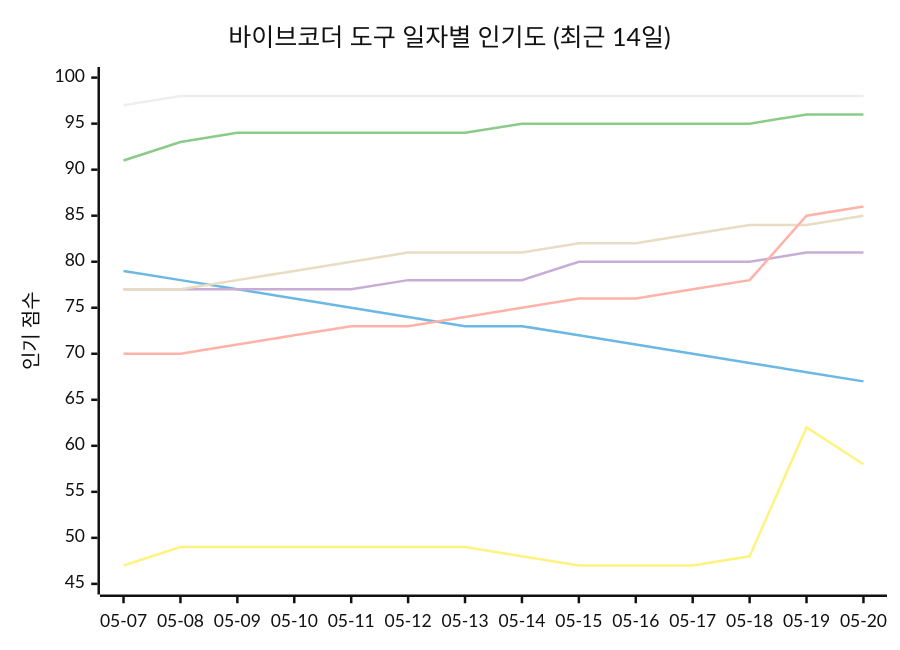
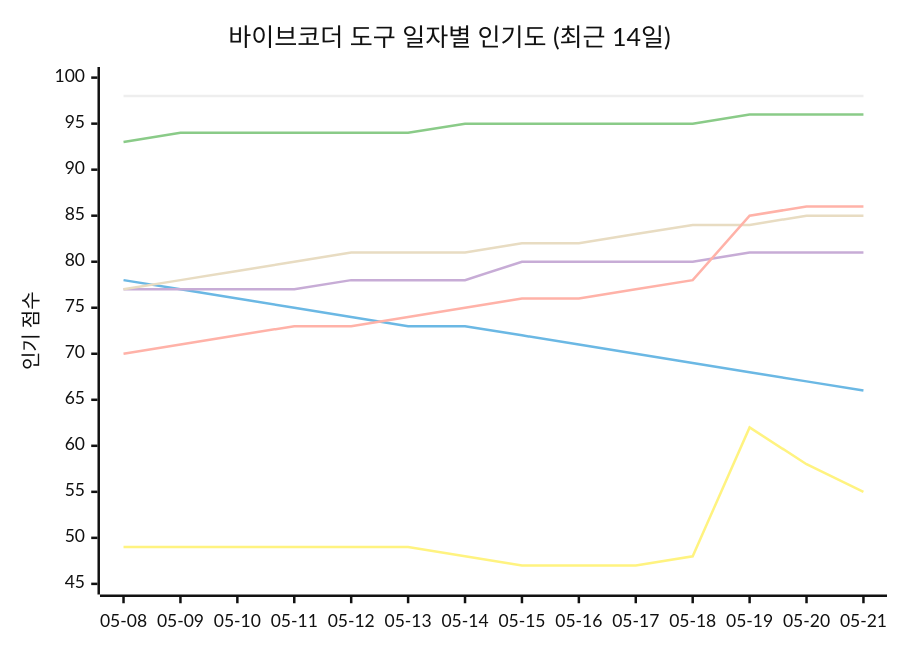
One commit to tykimos/ai-whatchelin changed the seventh of 11 diagrams in README_ko.md. Above: the diagram before and after it, drawn with Mermaid (neutral theme). The commit also changed other lines of this file and 4 other files, not shown here.

````diff
--- a/README_ko.md
+++ b/README_ko.md
@@ -869,13 +887,13 @@
 ```mermaid
 xychart-beta
     title "바이브코더 도구 일자별 인기도 (최근 14일)"
-    x-axis ["05-07", "05-08", "05-09", "05-10", "05-11", "05-12", "05-13", "05-14", "05-15", "05-16", "05-17", "05-18", "05-19", "05-20"]
+    x-axis ["05-08", "05-09", "05-10", "05-11", "05-12", "05-13", "05-14", "05-15", "05-16", "05-17", "05-18", "05-19", "05-20", "05-21"]
     y-axis "인기 점수" 45 --> 100
-    line "Claude Code" [97, 98, 98, 98, 98, 98, 98, 98, 98, 98, 98, 98, 98, 98]
-    line "GH Copilot" [79, 78, 77, 76, 75, 74, 73, 73, 72, 71, 70, 69, 68, 67]
-    line "Cursor" [91, 93, 94, 94, 94, 94, 94, 95, 95, 95, 95, 95, 96, 96]
-    line "Windsurf" [77, 77, 77, 77, 77, 78, 78, 78, 80, 80, 80, 80, 81, 81]
-    line "Codex CLI" [77, 77, 78, 79, 80, 81, 81, 81, 82, 82, 83, 84, 84, 85]
-    line "Gemini CLI" [70, 70, 71, 72, 73, 73, 74, 75, 76, 76, 77, 78, 85, 86]
-    line "Antigravity" [47, 49, 49, 49, 49, 49, 49, 48, 47, 47, 47, 48, 62, 58]
+    line "Claude Code" [98, 98, 98, 98, 98, 98, 98, 98, 98, 98, 98, 98, 98, 98]
+    line "GH Copilot" [78, 77, 76, 75, 74, 73, 73, 72, 71, 70, 69, 68, 67, 66]
+    line "Cursor" [93, 94, 94, 94, 94, 94, 95, 95, 95, 95, 95, 96, 96, 96]
+    line "Windsurf" [77, 77, 77, 77, 78, 78, 78, 80, 80, 80, 80, 81, 81, 81]
+    line "Codex CLI" [77, 78, 79, 80, 81, 81, 81, 82, 82, 83, 84, 84, 85, 85]
+    line "Gemini CLI" [70, 71, 72, 73, 73, 74, 75, 76, 76, 77, 78, 85, 86, 86]
+    line "Antigravity" [49, 49, 49, 49, 49, 49, 48, 47, 47, 47, 48, 62, 58, 55]
 ```
````
